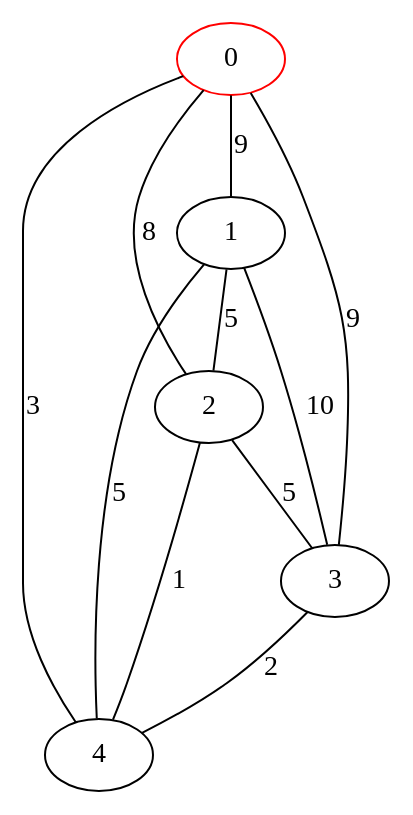
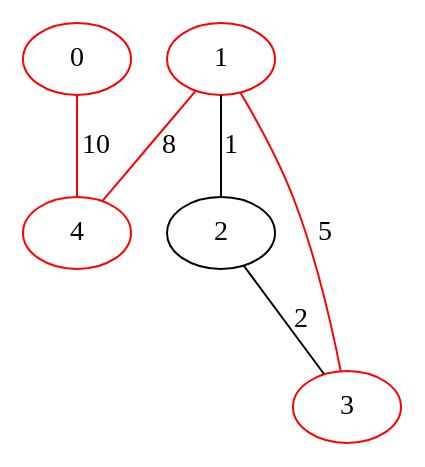
The diagram in grafo-com-peso/caminhoMinimo.dot (nand1nha/Tecnica-de-programacao-avancada), drawn with Graphviz before and after one commit. The commit also changed 5 other files, not shown here.

Commit message:
Refactor graph representation and update Dijkstra's algorithm to include path coloring

```diff
--- a/grafo-com-peso/caminhoMinimo.dot
+++ b/grafo-com-peso/caminhoMinimo.dot
@@ -1,17 +1,12 @@
 graph G {
   0 [color=red];
-  1;
+  1 [color=red];
   2;
-  3;
-  4;
-  0 -- 2 [label=8,weight=8];
-  0 -- 3 [label=9,weight=9];
-  0 -- 1 [label=9,weight=9];
-  0 -- 4 [label=3,weight=3];
-  1 -- 3 [label=10,weight=10];
-  1 -- 4 [label=5,weight=5];
-  1 -- 2 [label=5,weight=5];
-  2 -- 3 [label=5,weight=5];
-  2 -- 4 [label=1,weight=1];
-  3 -- 4 [label=2,weight=2];
+  3 [color=red];
+  4 [color=red];
+  0 -- 4 [label=10,weight=10, color=red];
+  1 -- 4 [label=8,weight=8, color=red];
+  1 -- 3 [label=5,weight=5, color=red];
+  1 -- 2 [label=1,weight=1];
+  2 -- 3 [label=2,weight=2];
 }
```
